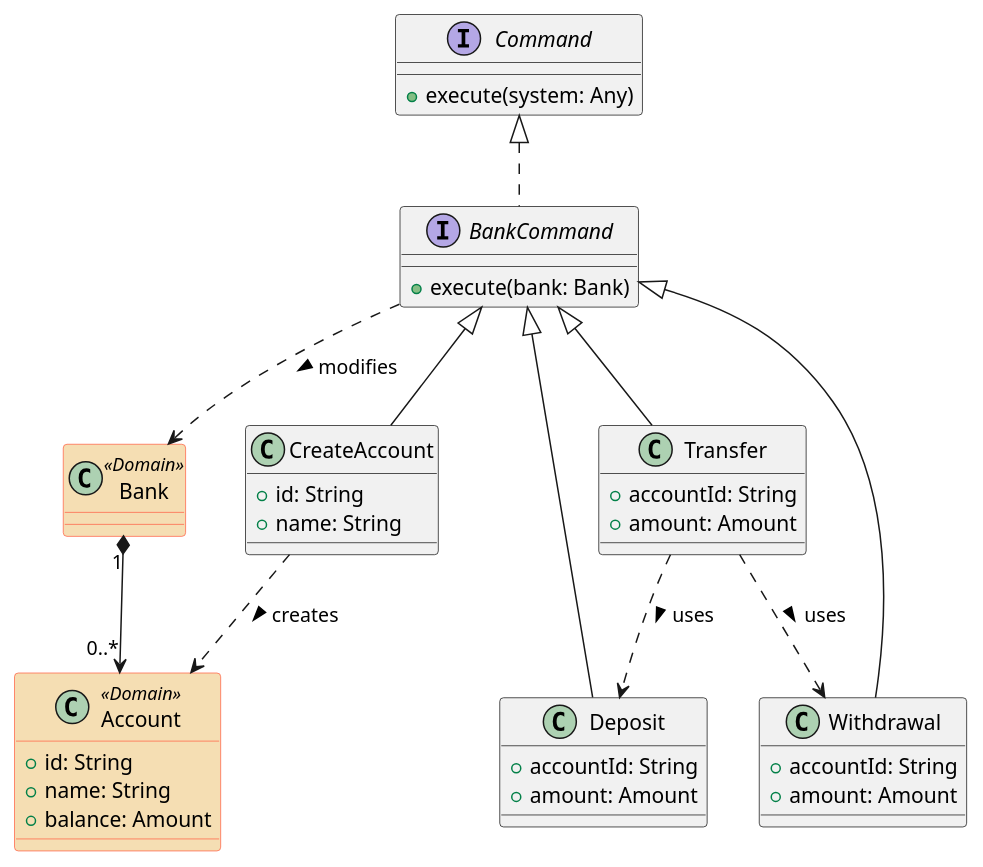
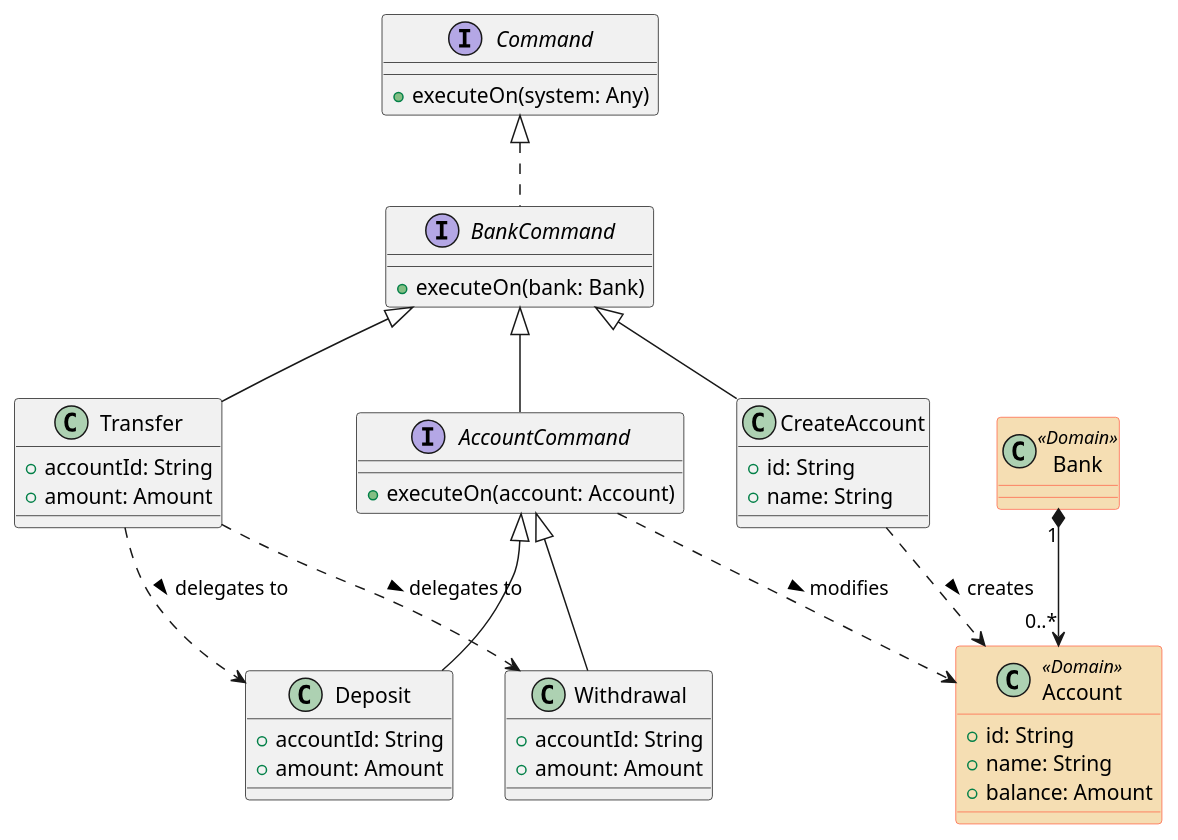
The diagram in bank.puml (xrrocha/kmemimg), drawn with PlantUML before and after one commit. The commit also changed 8 other files, not shown here.

```diff
--- a/bank.puml
+++ b/bank.puml
@@ -1,57 +1,58 @@
 @startuml
 skinparam class {
     BackgroundColor<<Domain>> Wheat
     BorderColor<<Domain>> Tomato
 }
 
 interface Command {
-    + execute(system: Any)
+    + executeOn(system: Any)
 }
 
 together {
     class Bank <<Domain>> {
     }
     class Account <<Domain>> {
         + id: String
         + name: String
         + balance: Amount
     }
     Bank "1" *--> "0..*" Account
 }
 
     interface BankCommand {
-        + execute(bank: Bank)
+        + executeOn(bank: Bank)
     }
     Command <|.. BankCommand
-    BankCommand ..> Bank: modifies >
 
 class CreateAccount {
     + id: String
     + name: String
 }
 BankCommand <|-- CreateAccount
 CreateAccount ..> Account: creates >
 
 together {
-
-    together {
-    class Deposit extends BankCommand {
+    interface AccountCommand {
+        + executeOn(account: Account)
+    }
+    BankCommand <|-- AccountCommand
+    AccountCommand ..> Account: modifies >
+    class Deposit extends AccountCommand {
         + accountId: String
         + amount: Amount
     }
 
-    class Withdrawal extends BankCommand {
+    class Withdrawal extends AccountCommand {
         + accountId: String
         + amount: Amount
     }
-
-    class Transfer extends BankCommand {
-        + accountId: String
-        + amount: Amount
-    }
-    Transfer ..> Deposit: uses >
-    Transfer ..> Withdrawal: uses >
-    }
 }
 
+class Transfer extends BankCommand {
+    + accountId: String
+    + amount: Amount
+}
+Transfer ..> Deposit: delegates to >
+Transfer ..> Withdrawal: delegates to >
+
 @enduml
```
